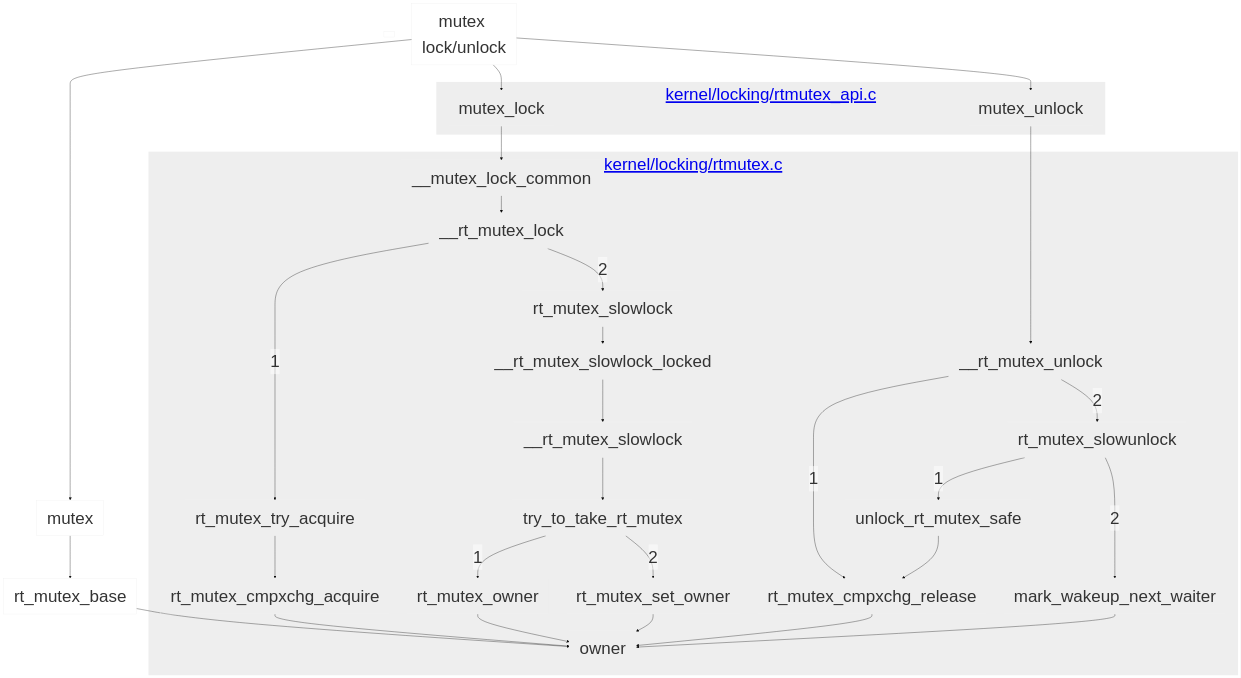
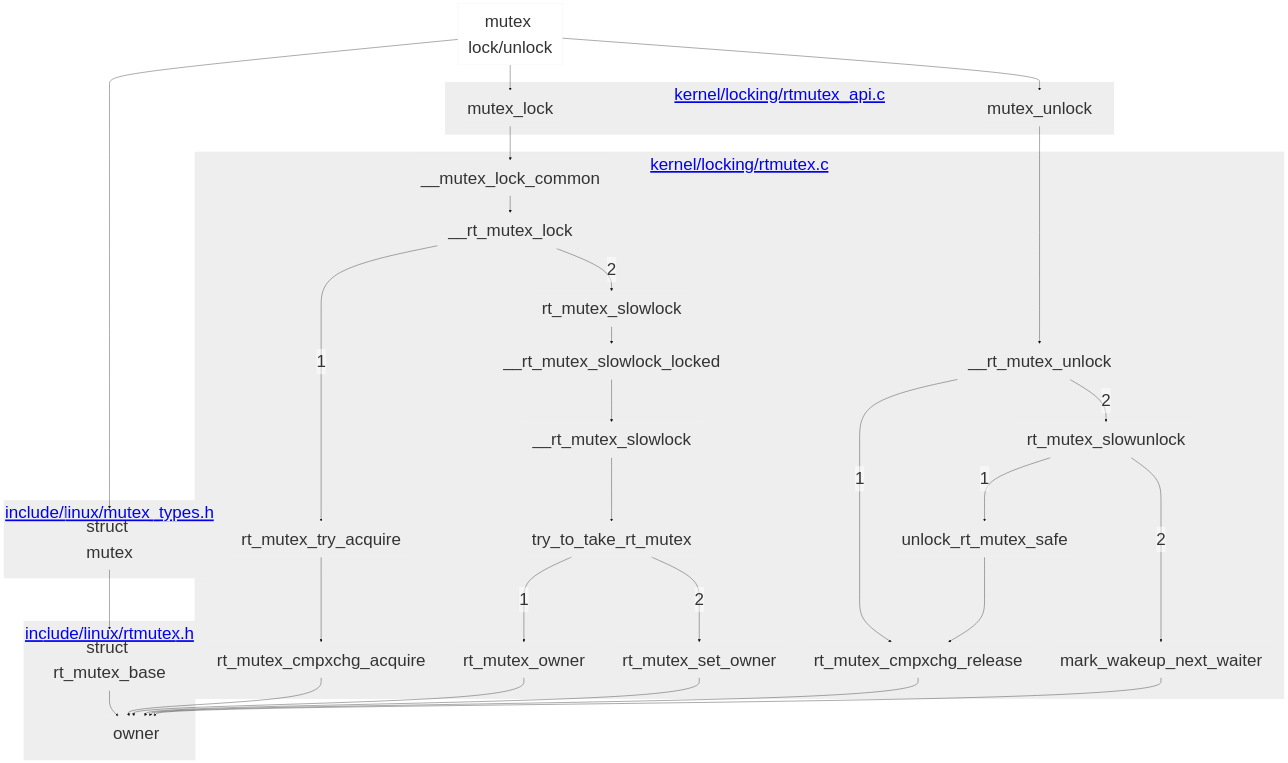
Before and after one commit to makelinux/linux_kernel_map: the first of 2 diagrams in rt-locks.md, drawn with Mermaid. The commit also changed other lines of this file, not shown here.

````diff
--- a/rt-locks.md
+++ b/rt-locks.md
@@ -4,50 +4,51 @@
 ```mermaid
 %%{
 	init: {
 		'theme': 'base',
 		'themeVariables': {
 			'primaryColor': '#eeee',
         		'primaryColor': '#fff0',
         		'primaryBorderColor': '#eeef',
 			'clusterBkg': '#eeef',
 			'fontSize':'50px'
 		}
 	}
 }%%
 graph TB
 
 mutex0["mutex lock/unlock"]
 mutex0 --> mutex & mutex_lock & mutex_unlock
 
-mutex --> rt_mutex_base
-subgraph "<a href='https://elixir.bootlin.com/linux/latest/source/include/linux/rtmutex.h>include/linux/rtmutex.h</a>"
+subgraph "<a href=https://elixir.bootlin.com/linux/latest/source/include/linux/rtmutex.h>include/linux/rtmutex.h</a>"
+rt_mutex_base["struct rt_mutex_base"] --> owner
 end
-owner
-rt_mutex_base-->owner
+subgraph "<a href=https://elixir.bootlin.com/linux/v6.14.5/source/include/linux/mutex_types.h>include/linux/mutex_types.h</a>"
+mutex["struct mutex"] --> rt_mutex_base
+end
 
 subgraph "<a href='https://elixir.bootlin.com/linux/latest/source/kernel/locking/rtmutex_api.c'>kernel/locking/rtmutex_api.c</a>"
 mutex_lock
 mutex_unlock
 end
 
 subgraph "<a href='https://elixir.bootlin.com/linux/latest/source/kernel/locking/rtmutex.c'>kernel/locking/rtmutex.c</a>"
 mutex_lock --> __mutex_lock_common
 mutex_unlock --> __rt_mutex_unlock
 
 __mutex_lock_common --> __rt_mutex_lock
 __rt_mutex_lock -->|1| rt_mutex_try_acquire --> rt_mutex_cmpxchg_acquire --> owner
 __rt_mutex_lock -->|2| rt_mutex_slowlock
 --> __rt_mutex_slowlock_locked --> __rt_mutex_slowlock --> try_to_take_rt_mutex
 try_to_take_rt_mutex -->|1| rt_mutex_owner --> owner
 try_to_take_rt_mutex -->|2| rt_mutex_set_owner --> owner
 
 __rt_mutex_unlock -->|1| rt_mutex_cmpxchg_release --> owner
 __rt_mutex_unlock -->|2| rt_mutex_slowunlock
 
 rt_mutex_slowunlock -->|1| unlock_rt_mutex_safe --> rt_mutex_cmpxchg_release
 rt_mutex_slowunlock -->|2| mark_wakeup_next_waiter --> owner
 
 end
 owner
 
 ```
````
